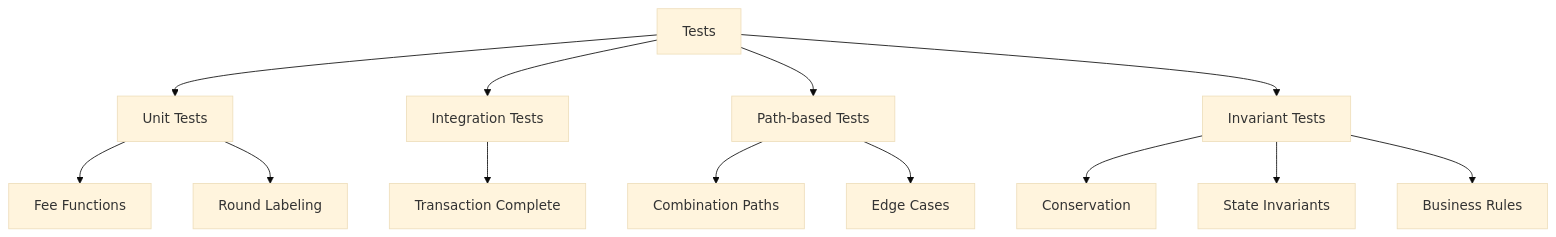
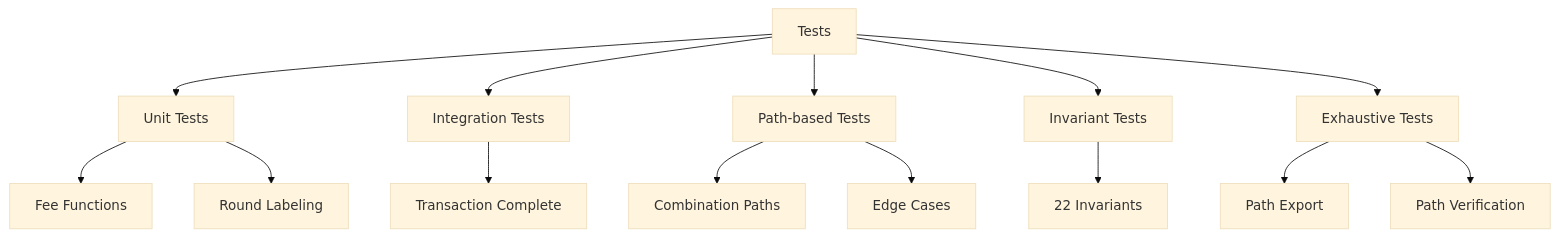
One commit to yeagerai/consensus-simulator changed the fifth of 5 diagrams in docs/ARCHITECTURE.md. Above: the diagram before and after it, drawn with Mermaid (base theme). The commit also changed other lines of this file and 9 other files, not shown here.

````diff
--- a/docs/ARCHITECTURE.md
+++ b/docs/ARCHITECTURE.md
@@ -244,20 +273,22 @@
 ```mermaid
 graph TD
     T[Tests]
     T --> U[Unit Tests]
     T --> I[Integration Tests]
     T --> P[Path-based Tests]
     T --> V[Invariant Tests]
+    T --> E[Exhaustive Tests]
     
     U --> UF[Fee Functions]
     U --> RL[Round Labeling]
     
     I --> TC[Transaction Complete]
     
     P --> CP[Combination Paths]
     P --> EP[Edge Cases]
     
-    V --> CI[Conservation]
-    V --> SI[State Invariants]
-    V --> BI[Business Rules]
+    V --> CI[22 Invariants]
+    
+    E --> PE[Path Export]
+    E --> PV[Path Verification]
 ```
````
